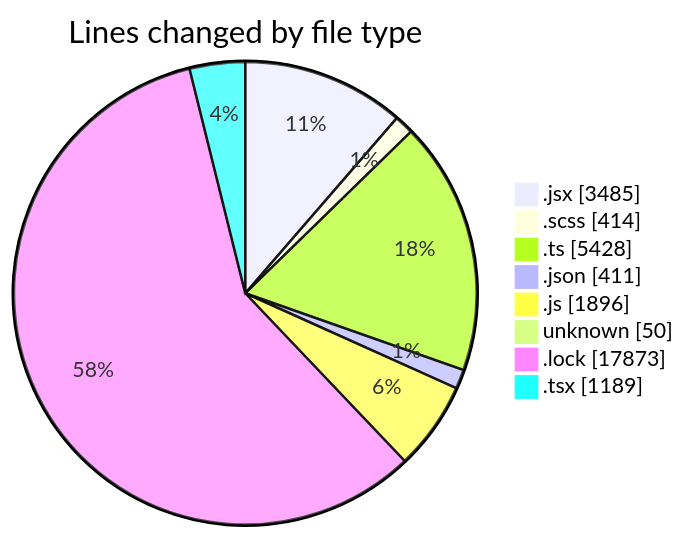
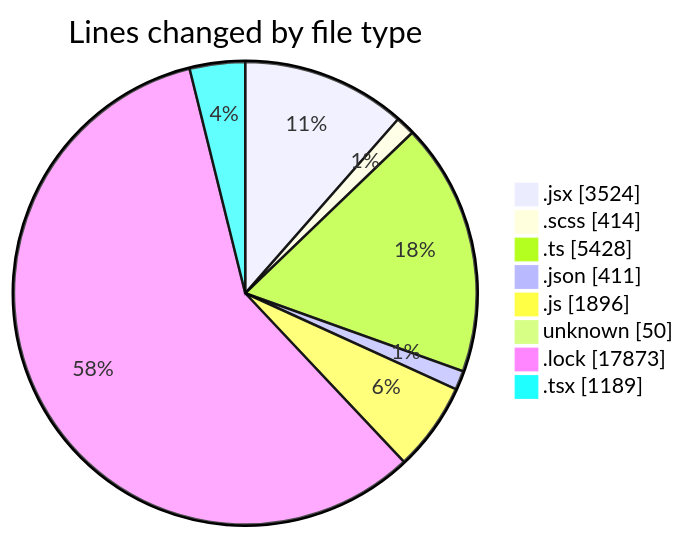
One commit to momahboobian/code-tracking changed the first of 2 diagrams in 2026-09-01/cda/README.md. Above: the diagram before and after it, drawn with Mermaid. The commit also changed other lines of this file and 1 other file, not shown here.

````diff
--- a/2026-09-01/cda/README.md
+++ b/2026-09-01/cda/README.md
@@ -79,12 +79,12 @@
 ```mermaid
 pie showData
 title Lines changed by file type
-".jsx" : 3485
+".jsx" : 3524
 ".scss" : 414
 ".ts" : 5428
 ".json" : 411
 ".js" : 1896
 "unknown" : 50
 ".lock" : 17873
 ".tsx" : 1189
 ```
````
